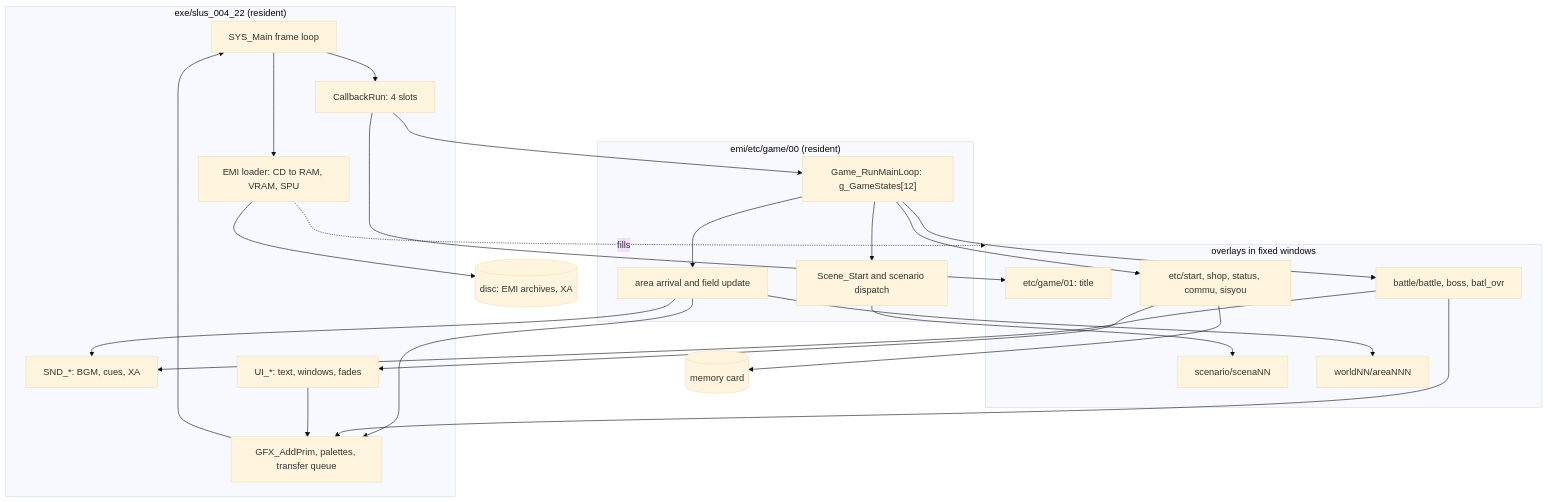
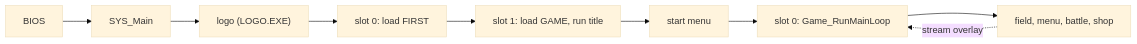
The diagram in src/game/architecture/index.md (kerokline/bof3-wiki), drawn with Mermaid (base theme) before and after one commit. The commit also changed other lines of this file, not shown here.

Commit message:
docs(wiki): rewrite the architecture overview as the power-on story

````diff
--- a/src/game/architecture/index.md
+++ b/src/game/architecture/index.md
@@ -26,42 +15,11 @@
 ```mermaid
-flowchart TB
-    subgraph exe["exe/slus_004_22 (resident)"]
-        main["SYS_Main frame loop"]
-        sched["CallbackRun: 4 slots"]
-        ldr["EMI loader: CD to RAM, VRAM, SPU"]
-        gfx["GFX_AddPrim, palettes, transfer queue"]
-        snd["SND_*: BGM, cues, XA"]
-        uiq["UI_*: text, windows, fades"]
-    end
-    subgraph res["emi/etc/game/00 (resident)"]
-        loop["Game_RunMainLoop: g_GameStates[12]"]
-        area["area arrival and field update"]
-        scn["Scene_Start and scenario dispatch"]
-    end
-    subgraph ovl["overlays in fixed windows"]
-        title["etc/game/01: title"]
-        scena["scenario/scenaNN"]
-        areaov["worldNN/areaNNN"]
-        bat["battle/battle, boss, batl_ovr"]
-        scr["etc/start, shop, status, commu, sisyou"]
-    end
-    cd[("disc: EMI archives, XA")]
-    card[("memory card")]
-    main --> sched --> loop
-    sched --> title
-    loop --> area --> areaov
-    loop --> scn --> scena
-    loop --> bat
-    loop --> scr
-    main --> ldr
-    ldr --> cd
-    ldr -. fills .-> ovl
-    scr --> card
-    area --> gfx
-    bat --> gfx
-    gfx --> main
-    area --> snd
-    bat --> snd
-    scr --> uiq
-    uiq --> gfx
+flowchart LR
+    bios["BIOS"] --> main["SYS_Main"]
+    main --> logo["logo (LOGO.EXE)"]
+    logo --> first["slot 0: load FIRST"]
+    first --> game["slot 1: load GAME, run title"]
+    game --> menu["start menu"]
+    menu --> loop["slot 0: Game_RunMainLoop"]
+    loop --> field["field, menu, battle, shop"]
+    field -. "stream overlay" .-> loop
 ```
````
